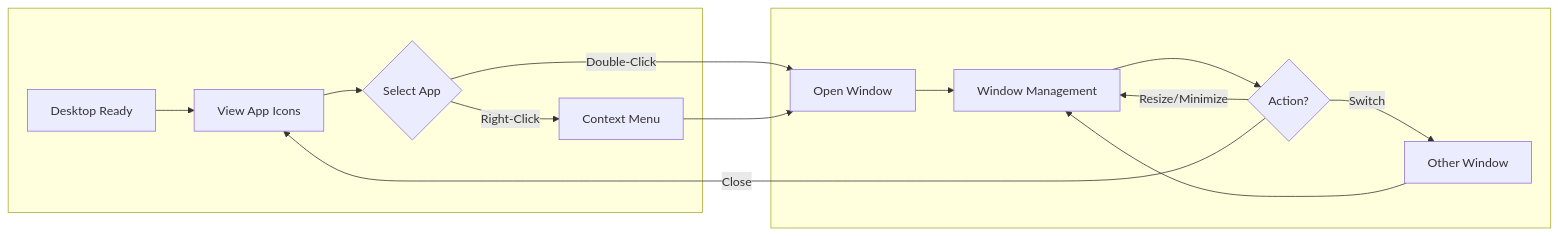
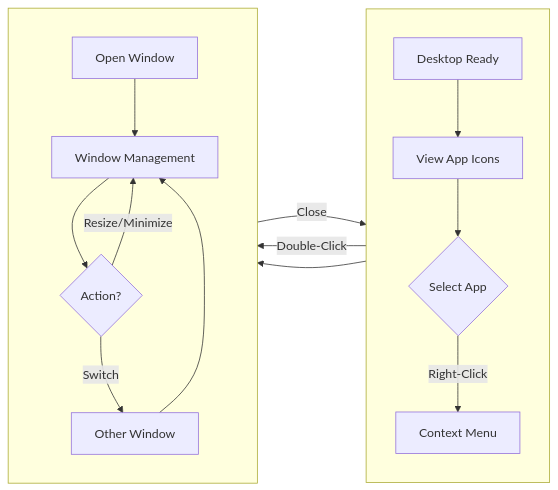
Before and after one commit to RoundRobinHood/cogniflight-cloud: the second of 10 diagrams in docs/SEN3781_Assignment4_Information_Architecture_Report.md, drawn with Mermaid. The commit also changed other lines of this file, not shown here.

Commit message:
improved diagram readability

````diff
--- a/docs/SEN3781_Assignment4_Information_Architecture_Report.md
+++ b/docs/SEN3781_Assignment4_Information_Architecture_Report.md
@@ -168,16 +174,20 @@
 ```mermaid
 flowchart LR
     subgraph row1[" "]
-        A[Desktop Ready] --> B[View App Icons] --> C{Select App}
+        direction TB
+        A[Desktop Ready] --> B[View App Icons]
+        B --> C{Select App}
         C -->|Right-Click| E[Context Menu]
     end
     subgraph row2[" "]
-        D[Open Window] --> F[Window Management] --> G{Action?}
+        direction TB
+        D[Open Window] --> F[Window Management]
+        F --> G{Action?}
         G -->|Switch| I[Other Window]
     end
     C -->|Double-Click| D
     E --> D
     G -->|Resize/Minimize| F
     G -->|Close| B
     I --> F
 ```
````
